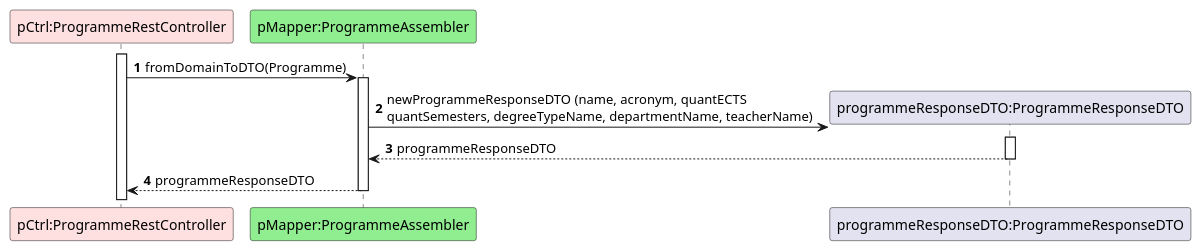
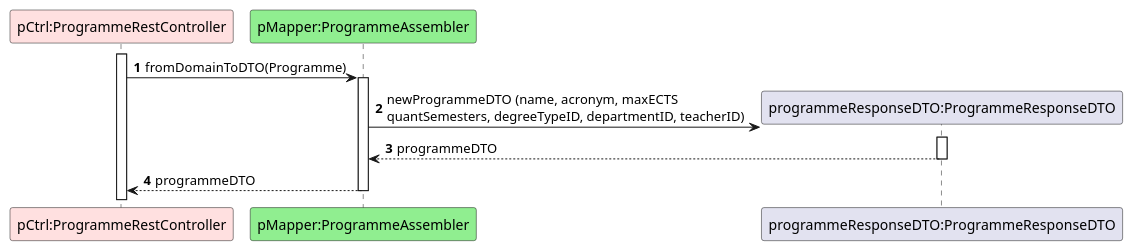
Before and after one commit to GasparISEP/DevOps-PAI: the diagram in docs/US31/ProcessView/References/Ref-ConvertProgrammeToProgrammeResponseDTO.puml, drawn with PlantUML. The commit also changed 2 other files, not shown here.

Commit message:
Corrections to registerProgramme ProcessView's diagrams, #505, #523

```diff
--- a/docs/US31/ProcessView/References/Ref-ConvertProgrammeToProgrammeResponseDTO.puml
+++ b/docs/US31/ProcessView/References/Ref-ConvertProgrammeToProgrammeResponseDTO.puml
@@ -1,15 +1,15 @@
 @startuml
 autonumber
 
 participant "pCtrl:ProgrammeRestController" as C #implementation
 participant "pMapper:ProgrammeAssembler" as PA #lightgreen
 participant "programmeResponseDTO:ProgrammeResponseDTO" as PDTO
 
 activate C
 C -> PA ++: fromDomainToDTO(Programme)
-PA -> PDTO**: newProgrammeResponseDTO (name, acronym, quantECTS \nquantSemesters, degreeTypeName, departmentName, teacherName)
+PA -> PDTO**: newProgrammeDTO (name, acronym, maxECTS \nquantSemesters, degreeTypeID, departmentID, teacherID)
 activate PDTO
-PDTO --> PA--: programmeResponseDTO
-PA --> C--: programmeResponseDTO
+PDTO --> PA--: programmeDTO
+PA --> C--: programmeDTO
 
 @enduml
```
